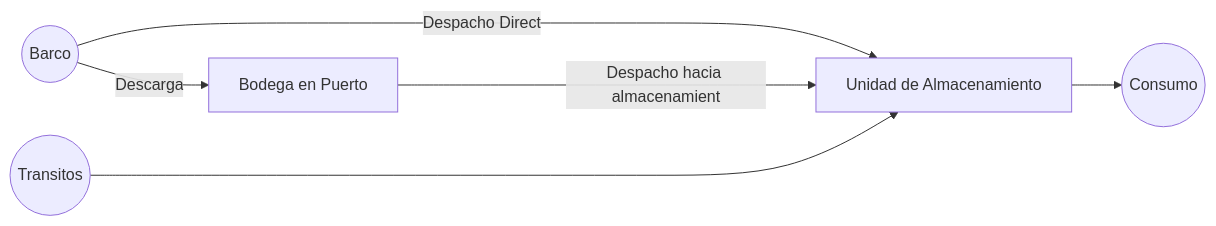
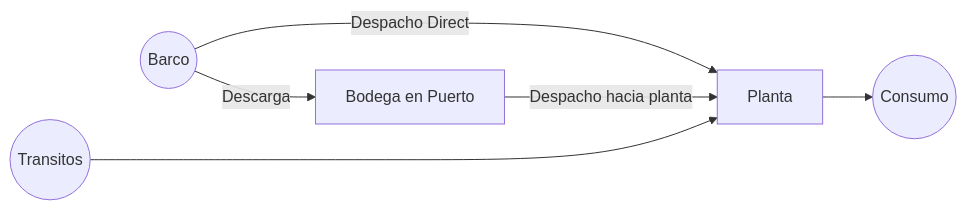
The first of 8 diagrams in README.md (luisferpinilla/bios_solver), drawn with Mermaid before and after one commit. The commit also changed other lines of this file, not shown here.

````diff
--- a/README.md
+++ b/README.md
@@ -35,8 +35,8 @@
 ```mermaid
 graph LR;
     id0((Barco)) --Descarga--> id1[Bodega en Puerto]
-    id0((Barco)) --Despacho Directo--> id2[Unidad de Almacenamiento]
-    id1[Bodega en Puerto] --Despacho hacia almacenamiento--> id2[Unidad de Almacenamiento]
+    id0((Barco)) --Despacho Directo--> id2[Planta]
+    id1[Bodega en Puerto] --Despacho hacia planta--> id2[Planta]
     id2[Unidad de Almacenamiento] --> id3((Consumo))
-    id4((Transitos)) ----> id2[Unidad de Almacenamiento]
+    id4((Transitos)) ----> id2[Planta]
 ```
````
